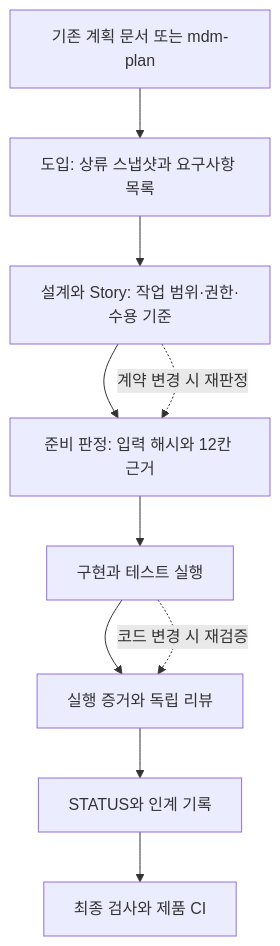
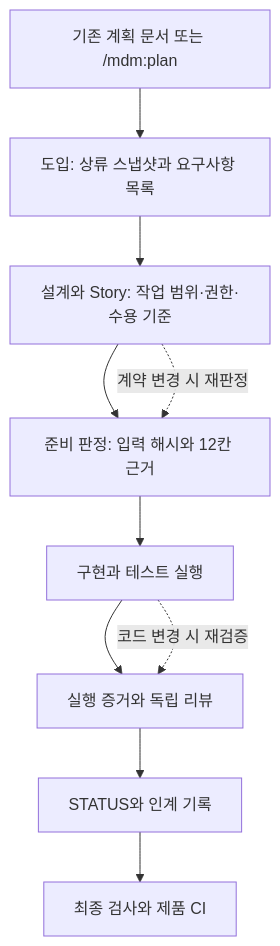
The diagram in README.md (JIM00N/my_dev_method), drawn with Mermaid before and after one commit. The commit also changed other lines of this file and 170 other files, not shown here.

````diff
--- a/README.md
+++ b/README.md
@@ -25,12 +34,12 @@
 ```mermaid
 flowchart TD
-    A[기존 계획 문서 또는 mdm-plan] --> B[도입: 상류 스냅샷과 요구사항 목록]
+    A[기존 계획 문서 또는 /mdm:plan] --> B[도입: 상류 스냅샷과 요구사항 목록]
     B --> C[설계와 Story: 작업 범위·권한·수용 기준]
     C --> D[준비 판정: 입력 해시와 12칸 근거]
     D --> E[구현과 테스트 실행]
     E --> F[실행 증거와 독립 리뷰]
     F --> G[STATUS와 인계 기록]
     G --> H[최종 검사와 제품 CI]
     C -. 계약 변경 시 재판정 .-> D
     E -. 코드 변경 시 재검증 .-> F
 ```
````
